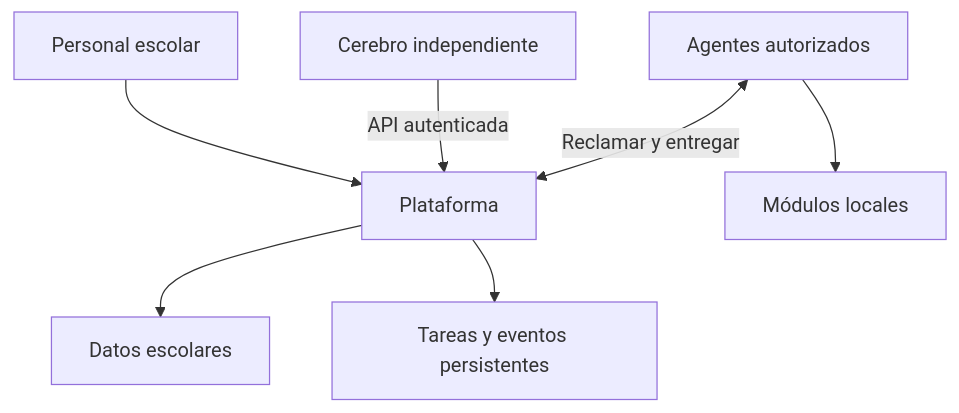
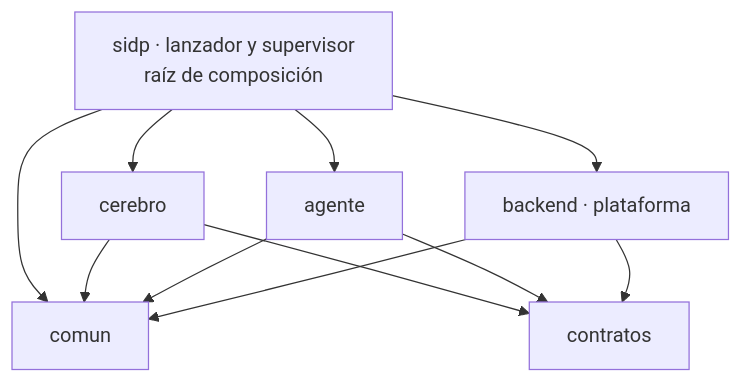
Before and after one commit to Maximiliano-cabello-mata/sidp-core: the second of 3 diagrams in docs/arquitectura.md, drawn with Mermaid. The commit also changed other lines of this file and 63 other files, not shown here.

````diff
--- a/docs/arquitectura.md
+++ b/docs/arquitectura.md
@@ -16,9 +64,13 @@
 ```mermaid
 flowchart TB
-    U[Personal escolar] --> P[Plataforma]
-    P --> D[Datos escolares]
-    P --> Q[Tareas y eventos persistentes]
-    C[Cerebro independiente] -->|API autenticada| P
-    A[Agentes autorizados] <-->|Reclamar y entregar| P
-    A --> M[Módulos locales]
+    SIDP[sidp · lanzador y supervisor<br/>raíz de composición] --> BACK[backend · plataforma]
+    SIDP --> AG[agente]
+    SIDP --> CER[cerebro]
+    BACK --> COM[comun]
+    AG --> COM
+    CER --> COM
+    BACK --> CON[contratos]
+    AG --> CON
+    CER --> CON
+    SIDP --> COM
 ```
````
